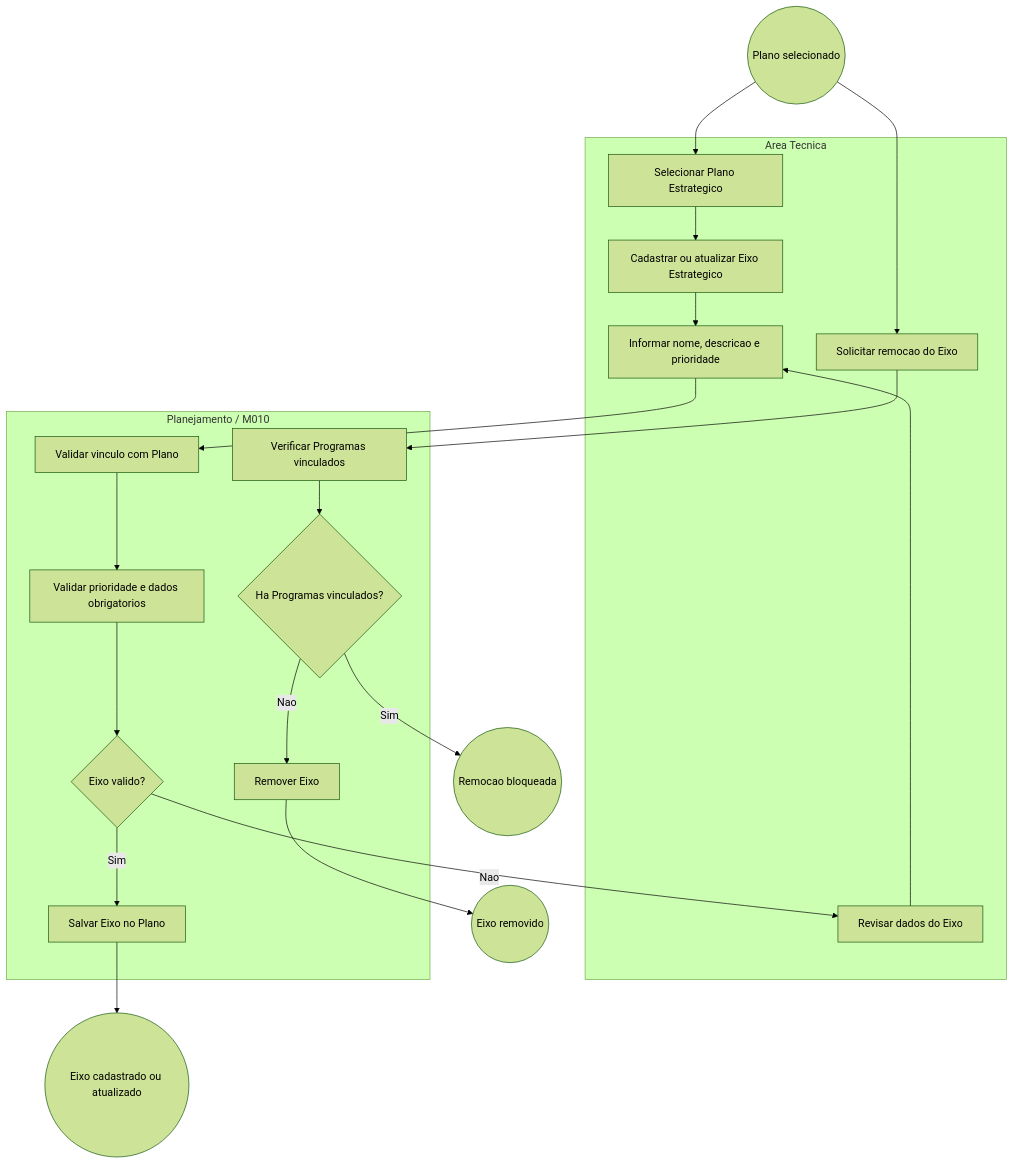
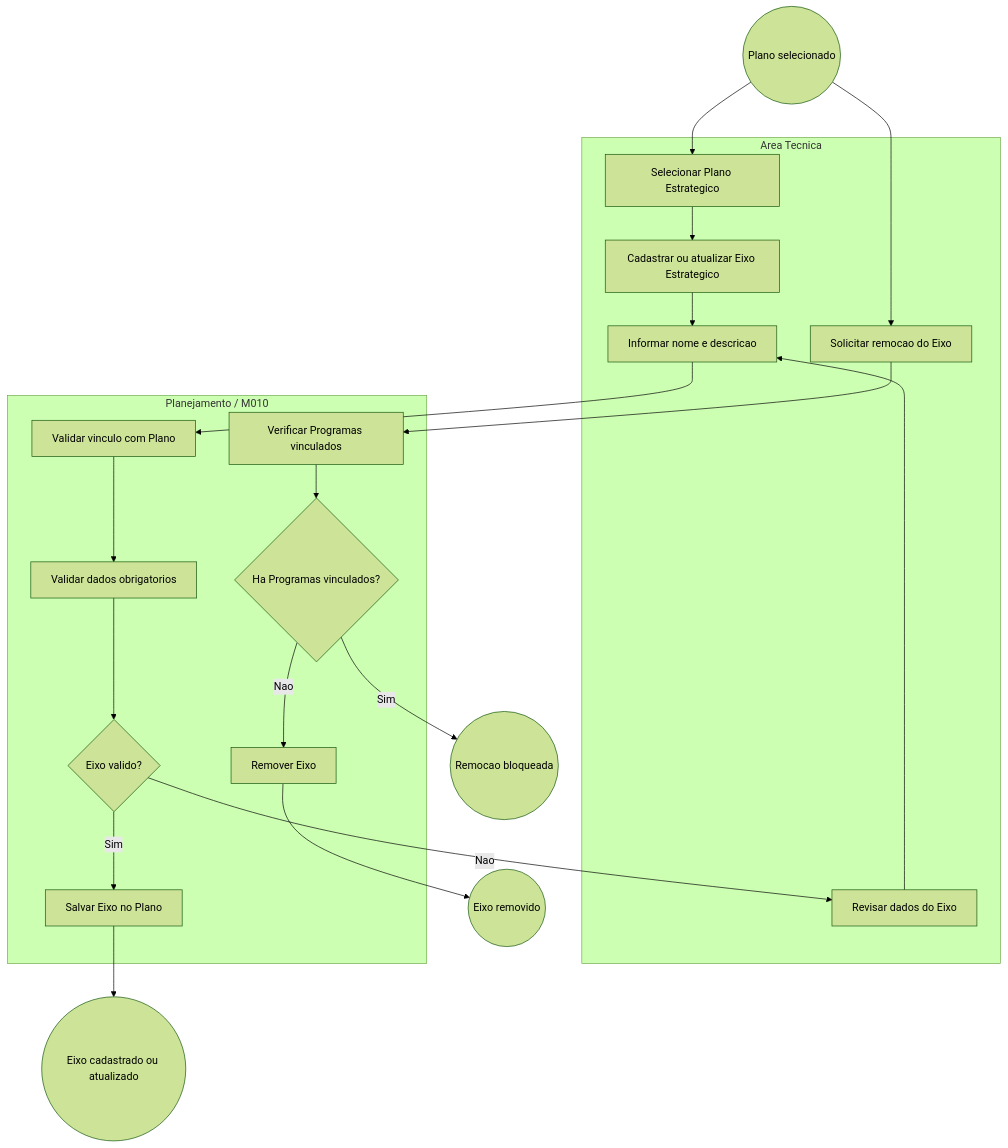
Before and after one commit to Czzped/conecta-fapes-teste: the second of 4 diagrams in docs/implementation/modules/M010-planejamento-estrategia/planejamento/processo.md, drawn with Mermaid (forest theme). The commit also changed other lines of this file and 85 other files, not shown here.

````diff
--- a/docs/implementation/modules/M010-planejamento-estrategia/planejamento/processo.md
+++ b/docs/implementation/modules/M010-planejamento-estrategia/planejamento/processo.md
@@ -67,33 +67,33 @@
 ```mermaid
 flowchart TB
     inicio((Plano selecionado))
     fim1((Eixo cadastrado ou atualizado))
     fim2((Eixo removido))
     fim3((Remocao bloqueada))
 
     subgraph area["Area Tecnica"]
         A1["Selecionar Plano Estrategico"]
         A2["Cadastrar ou atualizar Eixo Estrategico"]
-        A3["Informar nome, descricao e prioridade"]
+        A3["Informar nome e descricao"]
         A4["Solicitar remocao do Eixo"]
         A5["Revisar dados do Eixo"]
     end
 
     subgraph planejamento["Planejamento / M010"]
         P1["Validar vinculo com Plano"]
-        P2["Validar prioridade e dados obrigatorios"]
+        P2["Validar dados obrigatorios"]
         G1{"Eixo valido?"}
         P3["Salvar Eixo no Plano"]
         P4["Verificar Programas vinculados"]
         G2{"Ha Programas vinculados?"}
         P5["Remover Eixo"]
     end
 
     inicio --> A1 --> A2 --> A3 --> P1 --> P2 --> G1
     G1 -- "Nao" --> A5 --> A3
     G1 -- "Sim" --> P3 --> fim1
 
     inicio --> A4 --> P4 --> G2
     G2 -- "Sim" --> fim3
     G2 -- "Nao" --> P5 --> fim2
 ```
````
